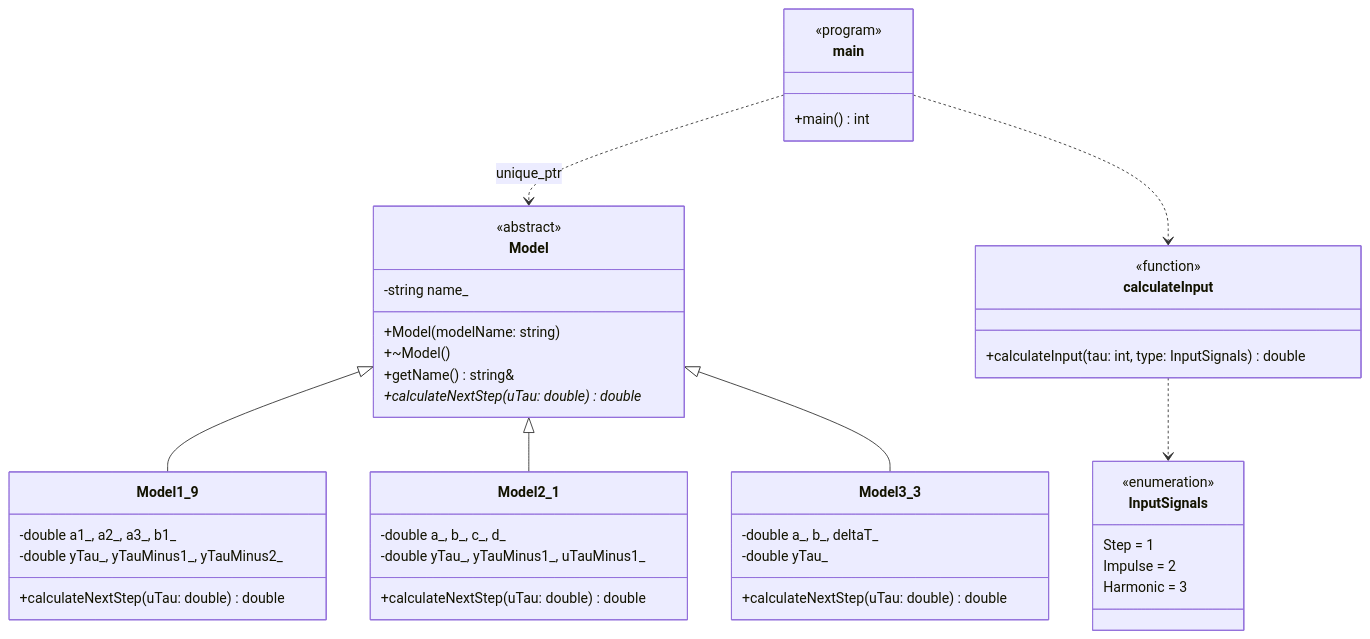
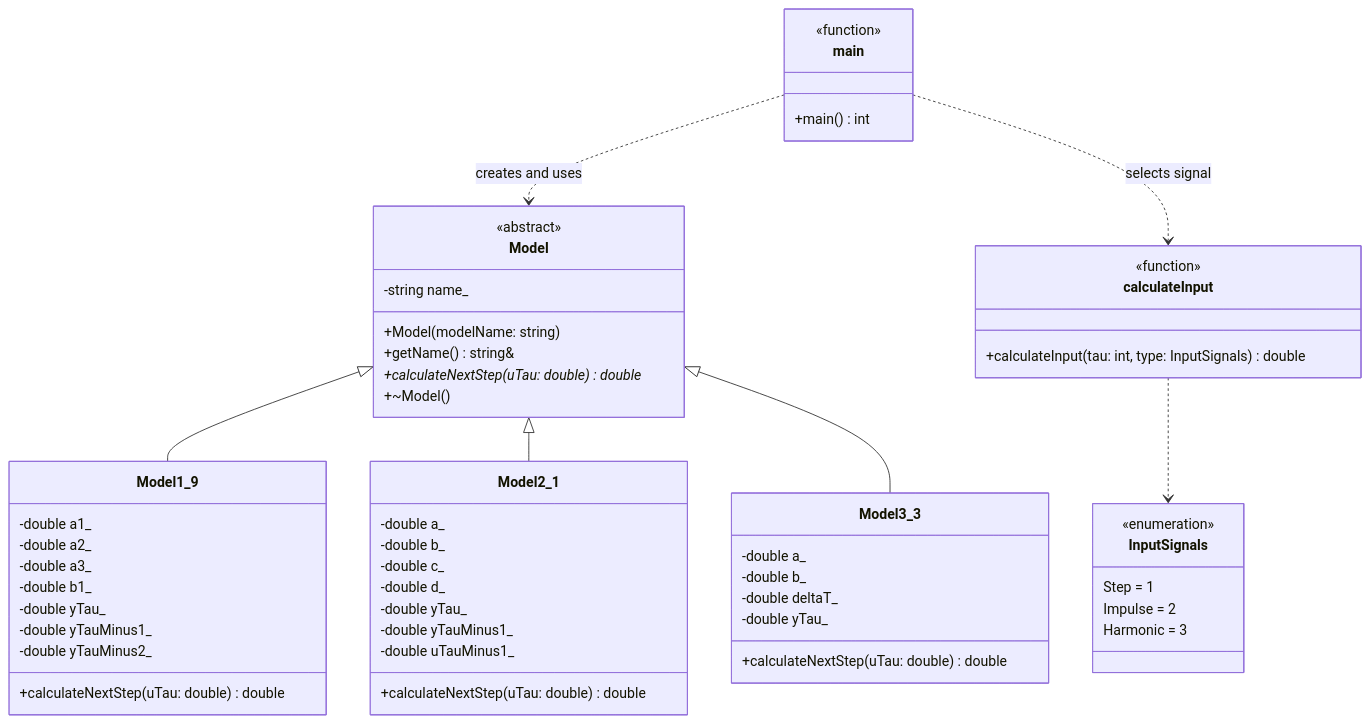
Before and after one commit to SONICXL/TMAU-2026: the diagram in trunk/as06806/task_01/doc/readme.md, drawn with Mermaid. The commit also changed other lines of this file, not shown here.

````diff
--- a/trunk/as06806/task_01/doc/readme.md
+++ b/trunk/as06806/task_01/doc/readme.md
@@ -144,47 +147,59 @@
 ```mermaid
 classDiagram
     direction TB
     class InputSignals {
         <<enumeration>>
         Step = 1
         Impulse = 2
         Harmonic = 3
     }
     class Model {
         <<abstract>>
         -string name_
         +Model(modelName: string)
-        +~Model()
         +getName() string&
         +calculateNextStep(uTau: double)* double
+        +~Model()
     }
     class Model1_9 {
-        -double a1_, a2_, a3_, b1_
-        -double yTau_, yTauMinus1_, yTauMinus2_
+        -double a1_
+        -double a2_
+        -double a3_
+        -double b1_
+        -double yTau_
+        -double yTauMinus1_
+        -double yTauMinus2_
         +calculateNextStep(uTau: double) double
     }
     class Model2_1 {
-        -double a_, b_, c_, d_
-        -double yTau_, yTauMinus1_, uTauMinus1_
+        -double a_
+        -double b_
+        -double c_
+        -double d_
+        -double yTau_
+        -double yTauMinus1_
+        -double uTauMinus1_
         +calculateNextStep(uTau: double) double
     }
     class Model3_3 {
-        -double a_, b_, deltaT_
+        -double a_
+        -double b_
+        -double deltaT_
         -double yTau_
         +calculateNextStep(uTau: double) double
     }
     class main {
-        <<program>>
+        <<function>>
         +main() int
     }
     class calculateInput {
         <<function>>
         +calculateInput(tau: int, type: InputSignals) double
     }
     Model <|-- Model1_9
     Model <|-- Model2_1
     Model <|-- Model3_3
-    main ..> Model : unique_ptr
-    main ..> calculateInput
+    main ..> Model : creates and uses
+    main ..> calculateInput : selects signal
     calculateInput ..> InputSignals
 ```
````
